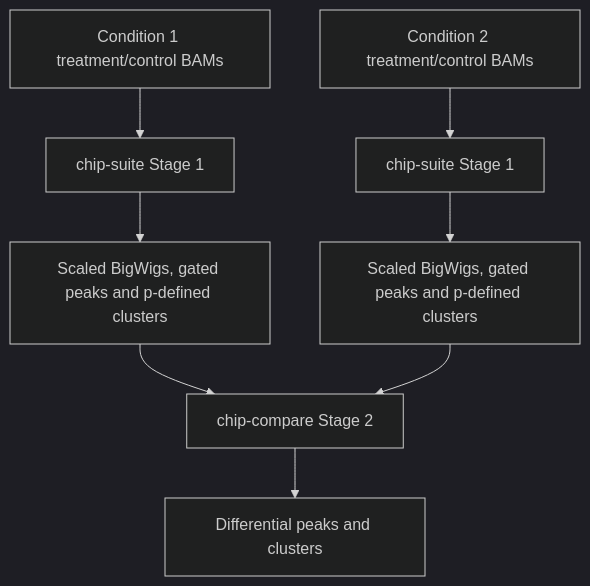
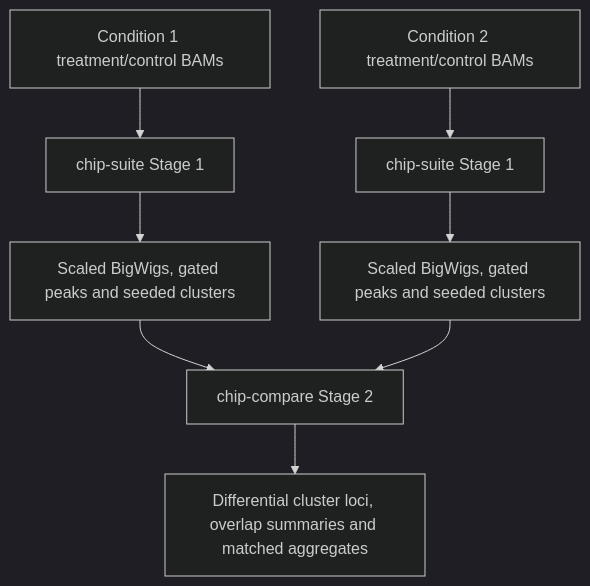
The fourth of 18 diagrams in docs/WORKFLOWS.md (adjohnston85/NucleoSuite), drawn with Mermaid (dark theme) before and after one commit. The commit also changed other lines of this file and 32 other files, not shown here.

````diff
--- a/docs/WORKFLOWS.md
+++ b/docs/WORKFLOWS.md
@@ -92,10 +92,10 @@
 ```mermaid
 flowchart TB
     A[Condition 1 treatment/control BAMs] --> B[chip-suite Stage 1]
-    B --> C[Scaled BigWigs, gated peaks and p-defined clusters]
+    B --> C[Scaled BigWigs, gated peaks and seeded clusters]
     D[Condition 2 treatment/control BAMs] --> E[chip-suite Stage 1]
-    E --> F[Scaled BigWigs, gated peaks and p-defined clusters]
+    E --> F[Scaled BigWigs, gated peaks and seeded clusters]
     C --> G[chip-compare Stage 2]
     F --> G
-    G --> H[Differential peaks and clusters]
+    G --> H[Differential cluster loci, overlap summaries and matched aggregates]
 ```
````
